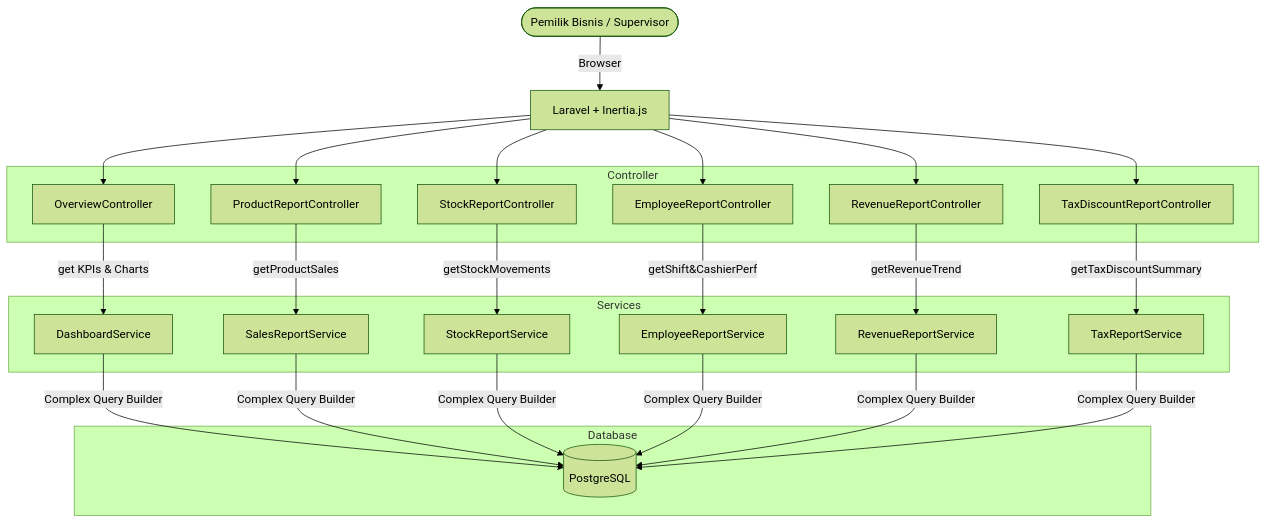
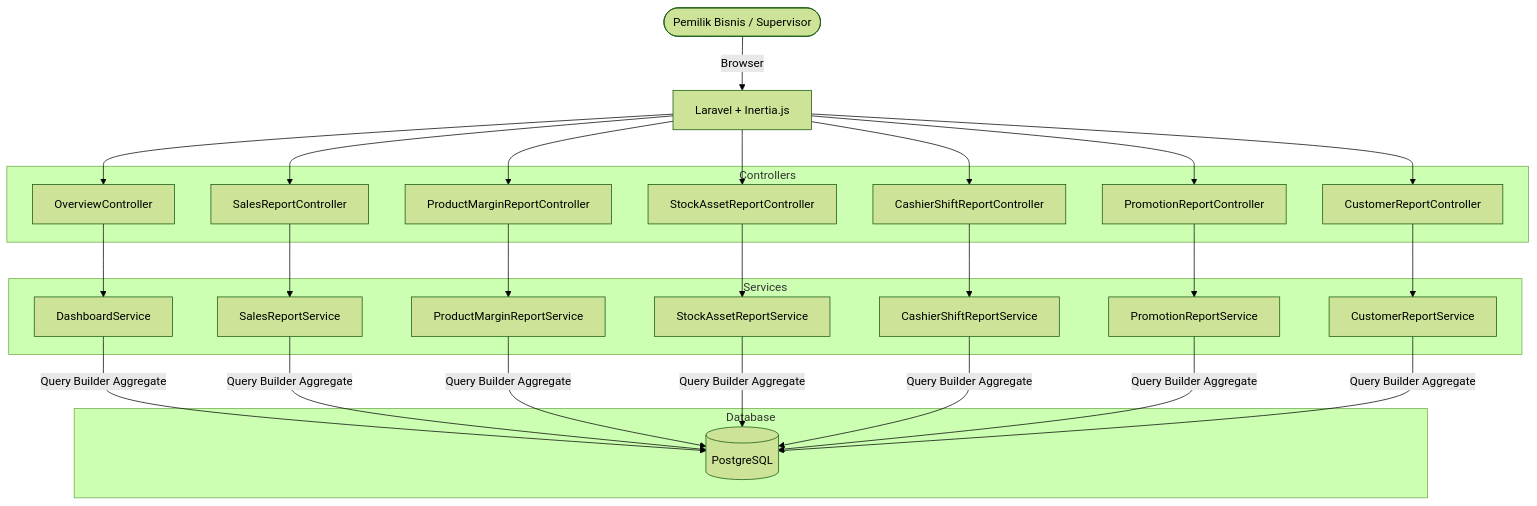
The diagram in prd/PRD Reporting V1.md (whykrr/sollu-app), drawn with Mermaid (forest theme) before and after one commit. The commit also changed other lines of this file and 153 other files, not shown here.

````diff
--- a/prd/PRD Reporting V1.md
+++ b/prd/PRD Reporting V1.md
@@ -98,47 +104,40 @@
 ```mermaid
 flowchart TD
     User([Pemilik Bisnis / Supervisor]) -->|Browser| App[Laravel + Inertia.js]
 
-    subgraph Controller
+    subgraph Controllers
         Overview[OverviewController]
-        SalesCtrl[ProductReportController]
-        StockCtrl[StockReportController]
-        EmpCtrl[EmployeeReportController]
-        RevCtrl[RevenueReportController]
-        TaxCtrl[TaxDiscountReportController]
+        SalesCtrl[SalesReportController]
+        ProdCtrl[ProductMarginReportController]
+        StockCtrl[StockAssetReportController]
+        ShiftCtrl[CashierShiftReportController]
+        PromoCtrl[PromotionReportController]
+        CustCtrl[CustomerReportController]
     end
 
     subgraph Services
         DashSvc[DashboardService]
         SalesSvc[SalesReportService]
-        StockSvc[StockReportService]
-        EmpSvc[EmployeeReportService]
-        RevSvc[RevenueReportService]
-        TaxSvc[TaxReportService]
+        ProdSvc[ProductMarginReportService]
+        StockSvc[StockAssetReportService]
+        ShiftSvc[CashierShiftReportService]
+        PromoSvc[PromotionReportService]
+        CustSvc[CustomerReportService]
     end
 
     subgraph Database
         DB[(PostgreSQL)]
     end
 
-    App --> Overview
-    App --> SalesCtrl
-    App --> StockCtrl
-    App --> EmpCtrl
-    App --> RevCtrl
-    App --> TaxCtrl
+    App --> Overview & SalesCtrl & ProdCtrl & StockCtrl & ShiftCtrl & PromoCtrl & CustCtrl
 
-    Overview -->|get KPIs & Charts| DashSvc
-    SalesCtrl -->|getProductSales| SalesSvc
-    StockCtrl -->|getStockMovements| StockSvc
-    EmpCtrl -->|getShift&CashierPerf| EmpSvc
-    RevCtrl -->|getRevenueTrend| RevSvc
-    TaxCtrl -->|getTaxDiscountSummary| TaxSvc
+    Overview --> DashSvc
+    SalesCtrl --> SalesSvc
+    ProdCtrl --> ProdSvc
+    StockCtrl --> StockSvc
+    ShiftCtrl --> ShiftSvc
+    PromoCtrl --> PromoSvc
+    CustCtrl --> CustSvc
 
-    DashSvc -->|Complex Query Builder| DB
-    SalesSvc -->|Complex Query Builder| DB
-    StockSvc -->|Complex Query Builder| DB
-    EmpSvc -->|Complex Query Builder| DB
-    RevSvc -->|Complex Query Builder| DB
-    TaxSvc -->|Complex Query Builder| DB
+    DashSvc & SalesSvc & ProdSvc & StockSvc & ShiftSvc & PromoSvc & CustSvc -->|Query Builder Aggregate| DB
 ```
````
